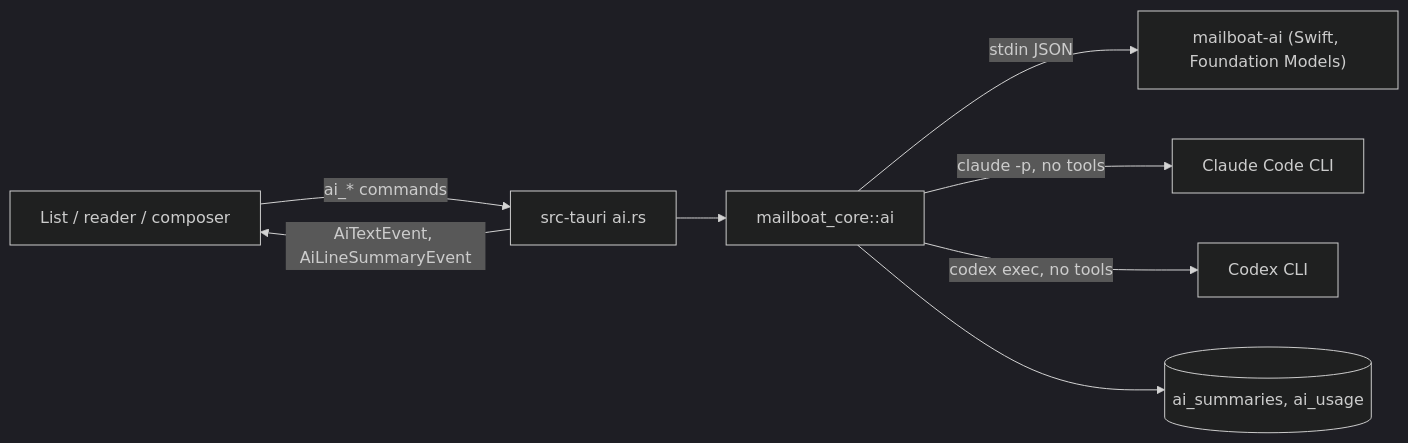
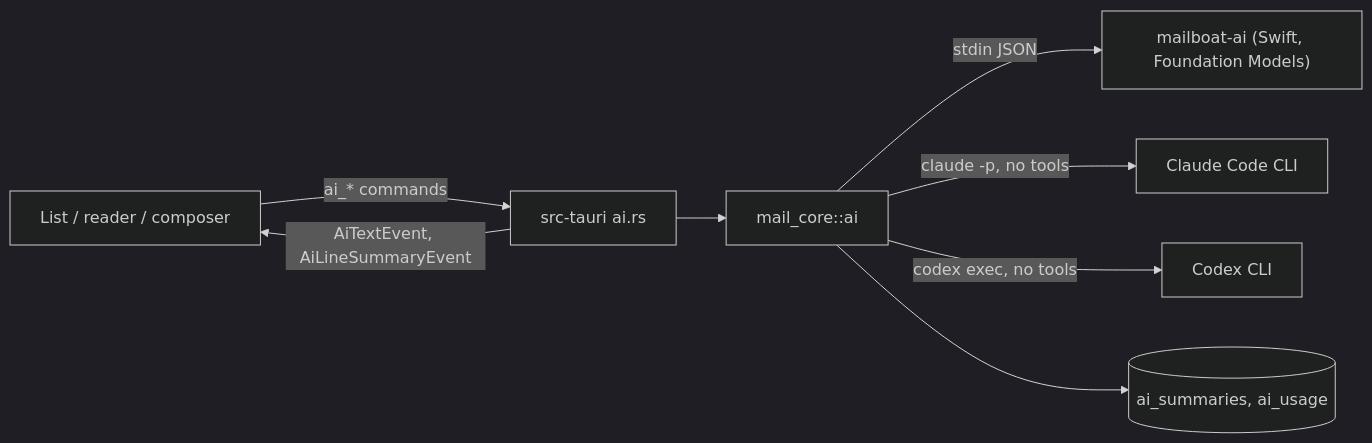
Before and after one commit to nwoolls/mailboat: the fourth of 5 diagrams in docs/ARCHITECTURE.md, drawn with Mermaid (dark theme). The commit also changed other lines of this file and 42 other files, not shown here.

````diff
--- a/docs/ARCHITECTURE.md
+++ b/docs/ARCHITECTURE.md
@@ -397,10 +397,10 @@
 ```mermaid
 flowchart LR
   UI["List / reader / composer"] -->|"ai_* commands"| T["src-tauri ai.rs"]
-  T --> C["mailboat_core::ai"]
+  T --> C["mail_core::ai"]
   C -->|"stdin JSON"| A["mailboat-ai (Swift, Foundation Models)"]
   C -->|"claude -p, no tools"| CL["Claude Code CLI"]
   C -->|"codex exec, no tools"| CX["Codex CLI"]
   C --> DB[("ai_summaries, ai_usage")]
   T -->|"AiTextEvent, AiLineSummaryEvent"| UI
 ```
````
